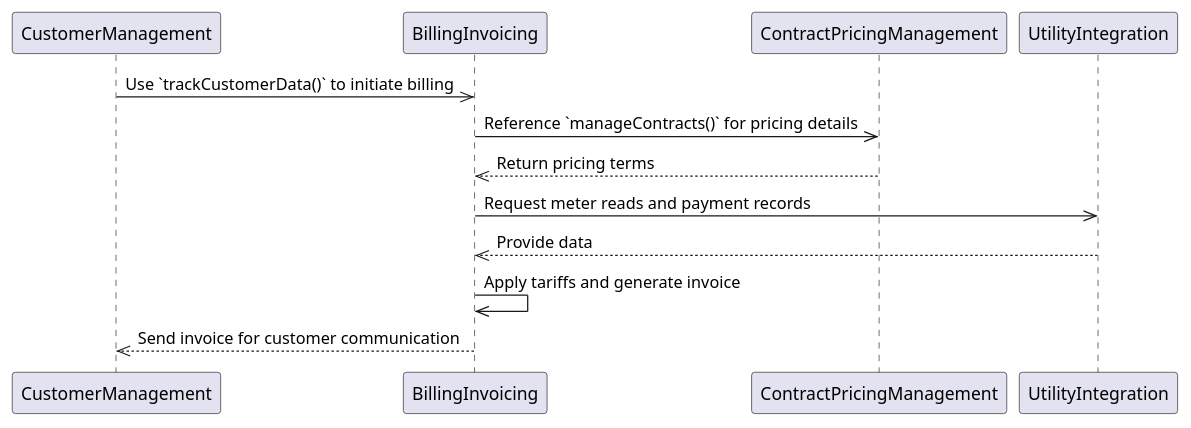
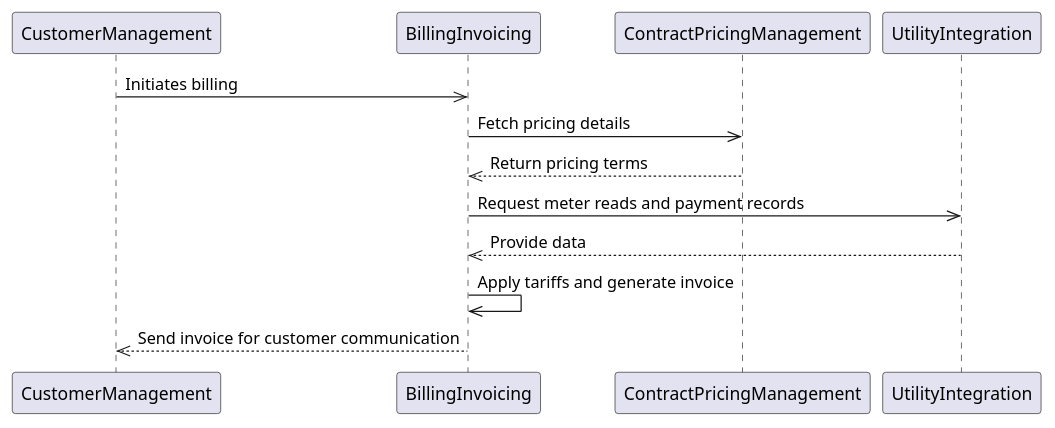
The diagram in docs/features.md (sarahjones123/nGenue_docs), drawn with PlantUML before and after one commit. The commit also changed 58 other files, not shown here.

````diff
--- a/docs/features.md
+++ b/docs/features.md
@@ -35,10 +35,10 @@
 ```puml
 
-CustomerManagement->>BillingInvoicing: Use `trackCustomerData()` to initiate billing
-BillingInvoicing->>ContractPricingManagement: Reference `manageContracts()` for pricing details
+CustomerManagement->>BillingInvoicing: Initiates billing
+BillingInvoicing->>ContractPricingManagement: Fetch pricing details
 ContractPricingManagement-->>BillingInvoicing: Return pricing terms
 BillingInvoicing->>UtilityIntegration: Request meter reads and payment records
 UtilityIntegration-->>BillingInvoicing: Provide data
 BillingInvoicing->>BillingInvoicing: Apply tariffs and generate invoice
 BillingInvoicing-->>CustomerManagement: Send invoice for customer communication
 ```
````
